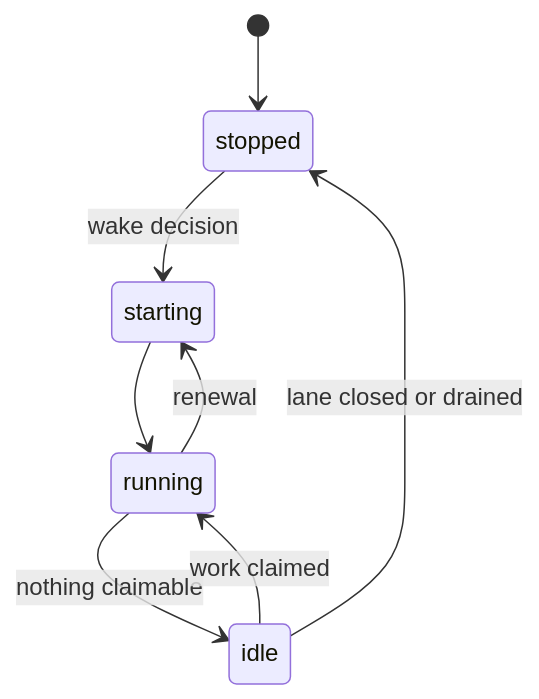
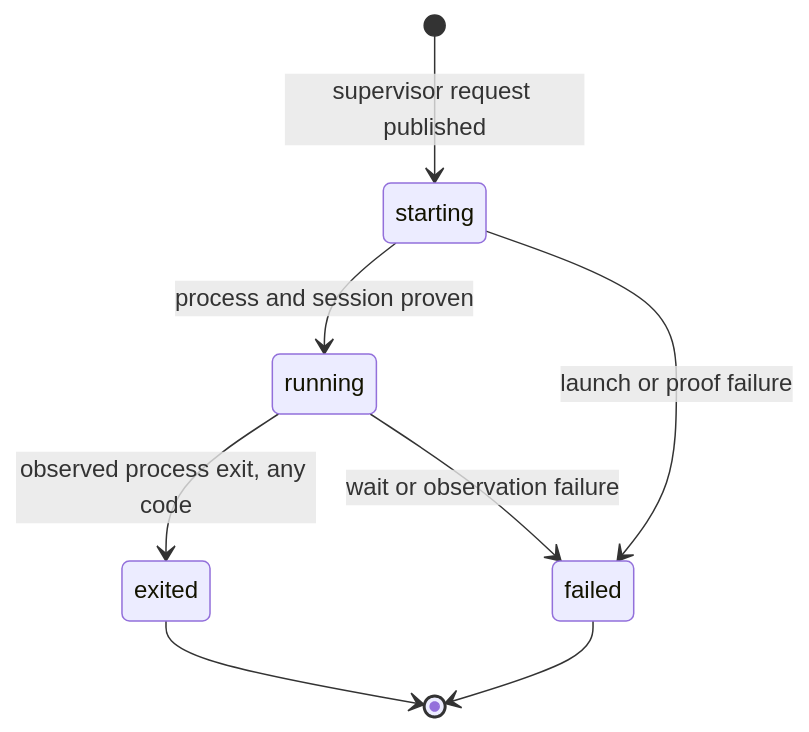
The ninth of 17 diagrams in docs/product/loops.md (infimalabs/spice-rust), drawn with Mermaid before and after one commit. The commit also changed other lines of this file and 71 other files, not shown here.

````diff
--- a/docs/product/loops.md
+++ b/docs/product/loops.md
@@ -144,10 +240,10 @@
 ```mermaid
 stateDiagram-v2
-  [*] --> stopped
-  stopped --> starting: wake decision
-  starting --> running
-  running --> idle: nothing claimable
-  idle --> running: work claimed
-  idle --> stopped: lane closed or drained
-  running --> starting: renewal
+  [*] --> starting: supervisor request published
+  starting --> running: process and session proven
+  starting --> failed: launch or proof failure
+  running --> exited: observed process exit, any code
+  running --> failed: wait or observation failure
+  exited --> [*]
+  failed --> [*]
 ```
````
